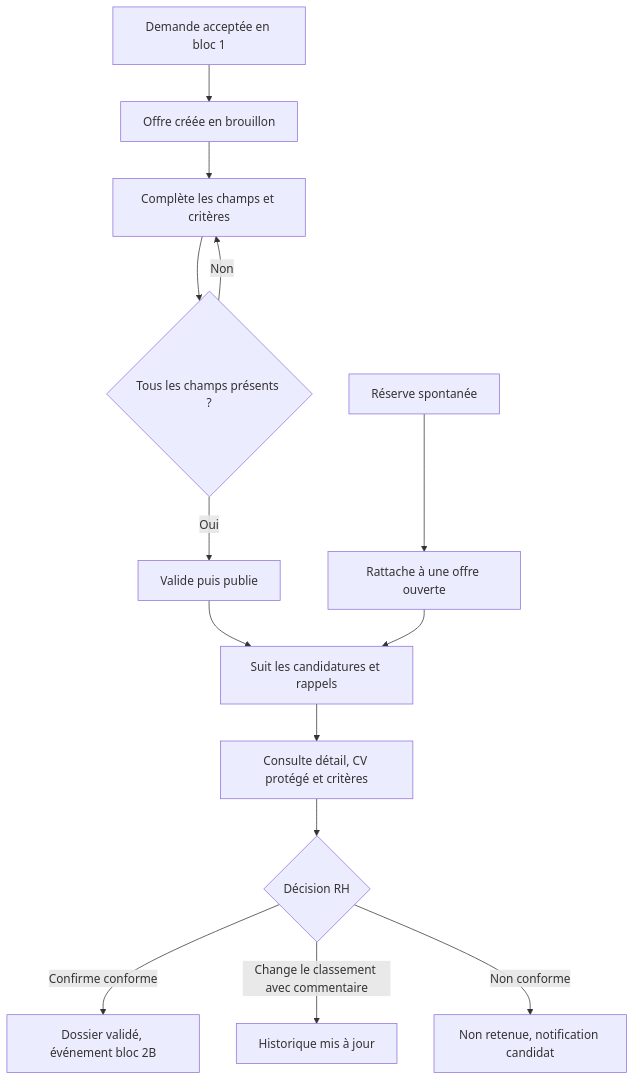
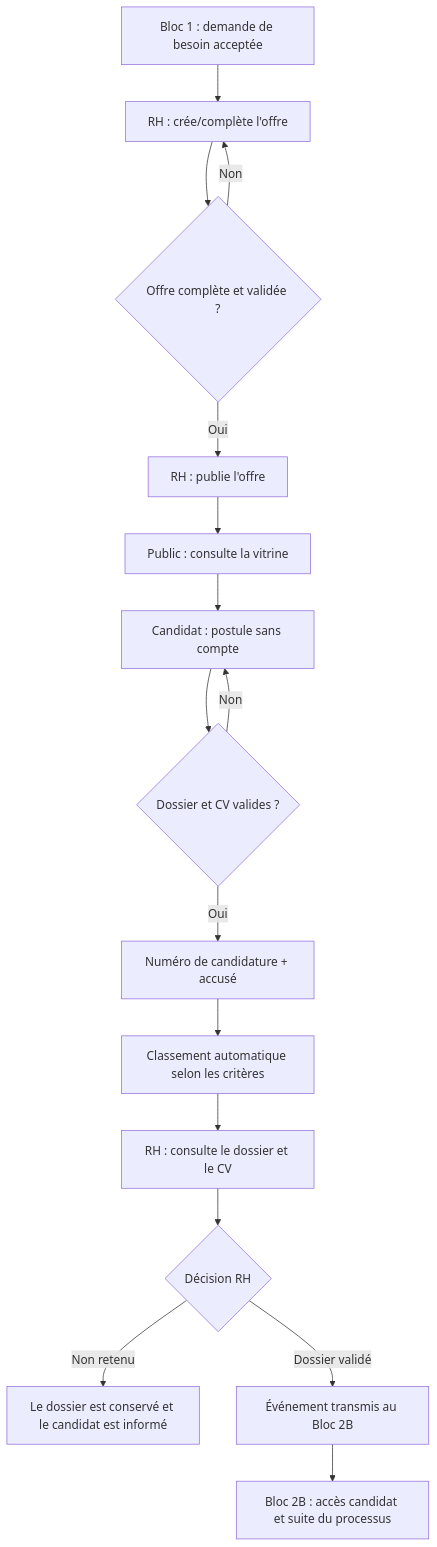
Before and after one commit to jeajea07/sirh: the diagram in readme/b2a/user-flow.md, drawn with Mermaid. The commit also changed other lines of this file and 1 other file, not shown here.

````diff
--- a/readme/b2a/user-flow.md
+++ b/readme/b2a/user-flow.md
@@ -22,16 +9,18 @@
 ```mermaid
 flowchart TD
-  A[Demande acceptée en bloc 1] --> B[Offre créée en brouillon]
-  B --> C[Complète les champs et critères]
-  C --> D{Tous les champs présents ?}
-  D -->|Non| C
-  D -->|Oui| E[Valide puis publie]
-  E --> F[Suit les candidatures et rappels]
-  F --> G[Consulte détail, CV protégé et critères]
-  G --> H{Décision RH}
-  H -->|Confirme conforme| I[Dossier validé, événement bloc 2B]
-  H -->|Change le classement avec commentaire| J[Historique mis à jour]
-  H -->|Non conforme| K[Non retenue, notification candidat]
-  L[Réserve spontanée] --> M[Rattache à une offre ouverte]
-  M --> F
+  A[Bloc 1 : demande de besoin acceptée] --> B[RH : crée/complète l'offre]
+  B --> C{Offre complète et validée ?}
+  C -->|Non| B
+  C -->|Oui| D[RH : publie l'offre]
+  D --> E[Public : consulte la vitrine]
+  E --> F[Candidat : postule sans compte]
+  F --> G{Dossier et CV valides ?}
+  G -->|Non| F
+  G -->|Oui| H[Numéro de candidature + accusé]
+  H --> I[Classement automatique selon les critères]
+  I --> J[RH : consulte le dossier et le CV]
+  J --> K{Décision RH}
+  K -->|Non retenu| L[Le dossier est conservé et le candidat est informé]
+  K -->|Dossier validé| M[Événement transmis au Bloc 2B]
+  M --> N[Bloc 2B : accès candidat et suite du processus]
 ```
````
